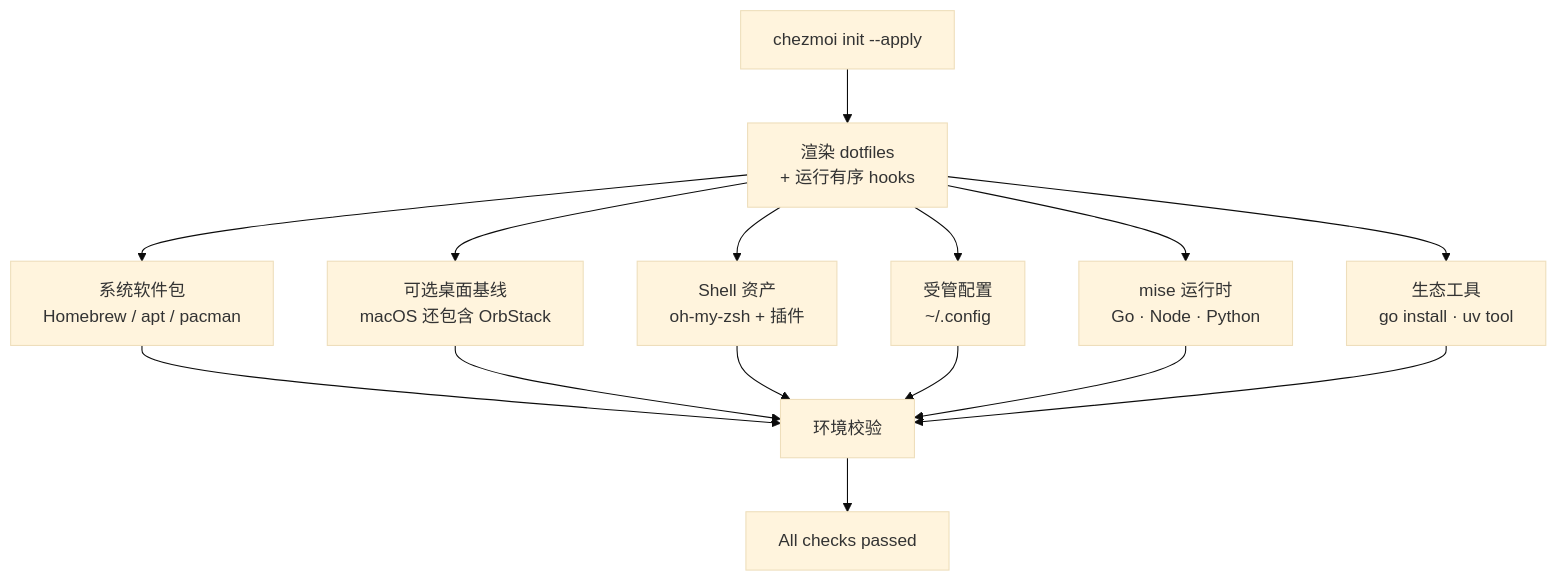
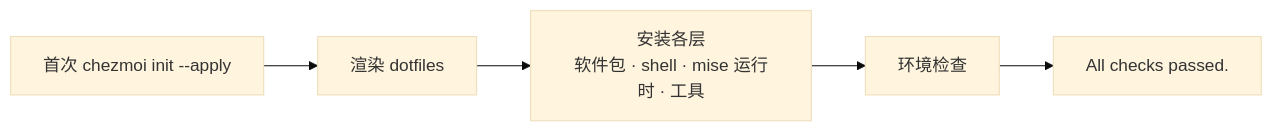
One commit to kangmingxuan/oh-my-devenv changed the diagram in README.zh.md. Above: the diagram before and after it, drawn with Mermaid (base theme). The commit also changed other lines of this file and 9 other files, not shown here.

````diff
--- a/README.zh.md
+++ b/README.zh.md
@@ -30,17 +160,7 @@
 ```mermaid
-flowchart TD
-    A["chezmoi init --apply"] --> B["渲染 dotfiles<br/>+ 运行有序 hooks"]
-    B --> C["系统软件包<br/>Homebrew / apt / pacman"]
-    B --> D["可选桌面基线<br/>macOS 还包含 OrbStack"]
-    B --> E["Shell 资产<br/>oh-my-zsh + 插件"]
-    B --> X["受管配置<br/>~/.config"]
-    B --> F["mise 运行时<br/>Go · Node · Python"]
-    B --> G["生态工具<br/>go install · uv tool"]
-    C --> H["环境校验"]
-    D --> H
-    E --> H
-    X --> H
-    F --> H
-    G --> H
-    H --> I["All checks passed"]
+flowchart LR
+    A["首次 chezmoi init --apply"] --> B["渲染 dotfiles"]
+    B --> C["安装各层<br/>软件包 · shell · mise 运行时 · 工具"]
+    C --> D["环境检查"]
+    D --> E["All checks passed."]
 ```
````
